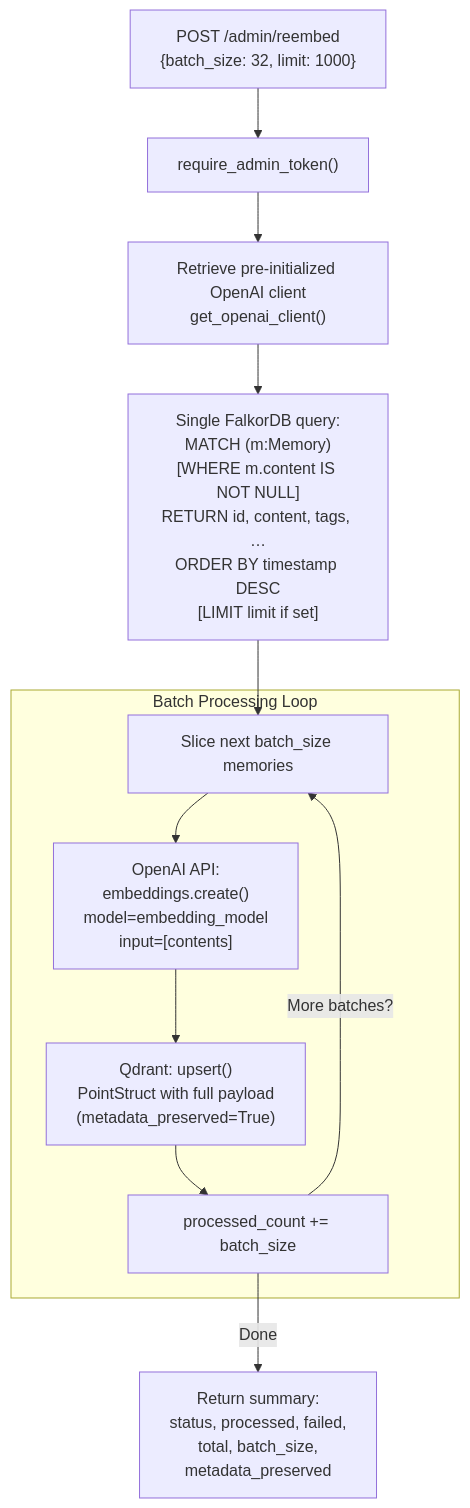
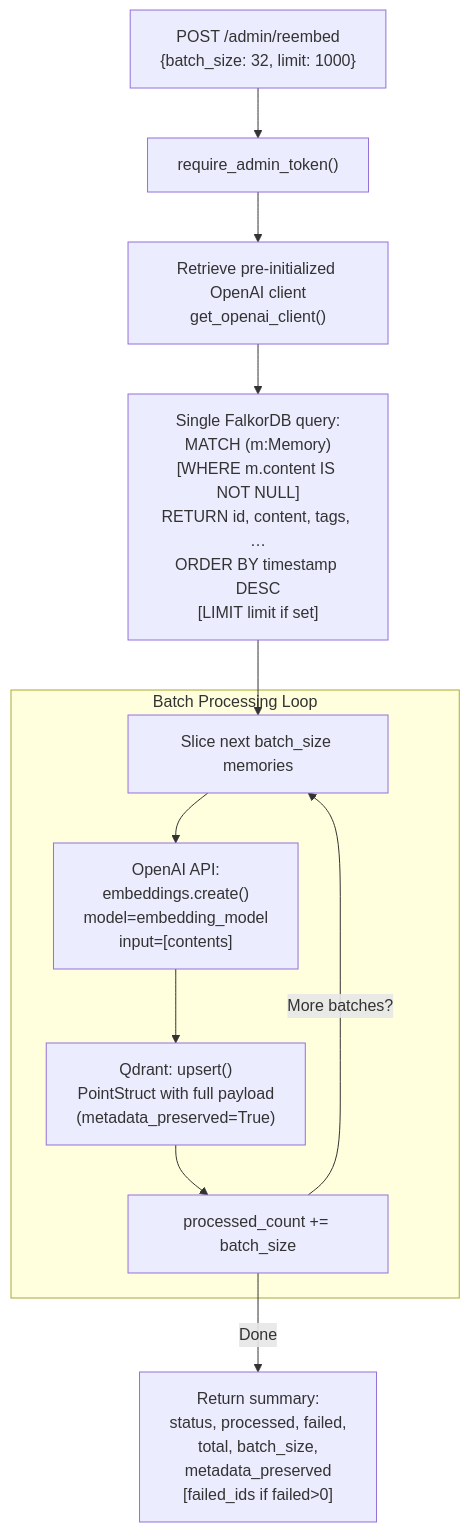
Before and after one commit to verygoodplugins/automem-website: the third of 3 diagrams in src/content/docs/docs/reference/api/admin.md, drawn with Mermaid. The commit also changed other lines of this file, not shown here.

````diff
--- a/src/content/docs/docs/reference/api/admin.md
+++ b/src/content/docs/docs/reference/api/admin.md
@@ -242,30 +242,30 @@
 ```mermaid
 graph TB
     Request["POST /admin/reembed<br/>{batch_size: 32, limit: 1000}"]
     Auth["require_admin_token()"]
     Init["Retrieve pre-initialized OpenAI client<br/>get_openai_client()"]
 
     FetchAll["Single FalkorDB query:<br/>MATCH (m:Memory)<br/>[WHERE m.content IS NOT NULL]<br/>RETURN id, content, tags, …<br/>ORDER BY timestamp DESC<br/>[LIMIT limit if set]"]
 
     subgraph "Batch Processing Loop"
         Slice["Slice next batch_size memories"]
 
         CallOpenAI["OpenAI API:<br/>embeddings.create()<br/>model=embedding_model<br/>input=[contents]"]
 
         UpdateQdrant["Qdrant: upsert()<br/>PointStruct with full payload<br/>(metadata_preserved=True)"]
 
         IncrCount["processed_count += batch_size"]
     end
 
-    Response["Return summary:<br/>status, processed, failed,<br/>total, batch_size,<br/>metadata_preserved"]
+    Response["Return summary:<br/>status, processed, failed,<br/>total, batch_size,<br/>metadata_preserved<br/>[failed_ids if failed&gt;0]"]
 
     Request-->Auth
     Auth-->Init
     Init-->FetchAll
     FetchAll-->Slice
     Slice-->CallOpenAI
     CallOpenAI-->UpdateQdrant
     UpdateQdrant-->IncrCount
     IncrCount-->|More batches?|Slice
     IncrCount-->|Done|Response
 ```
````
